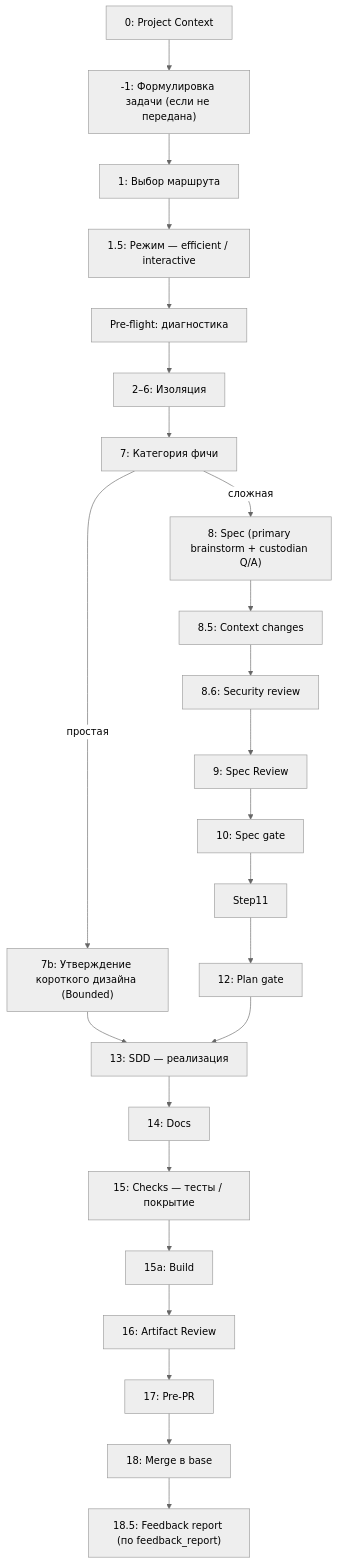
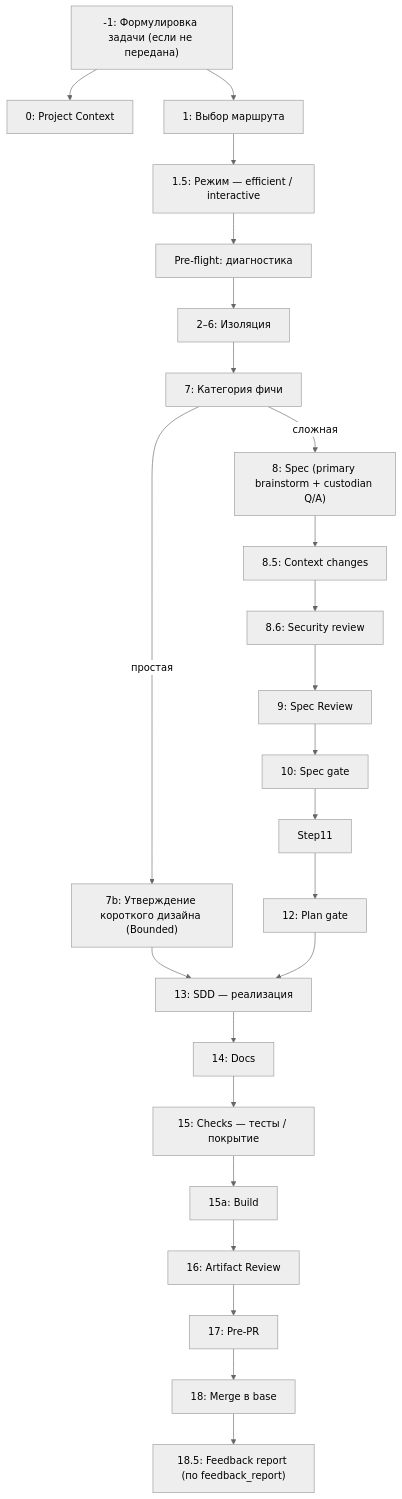
The first of 2 diagrams in manual_docs/explanation/pipeline-overview.md (wad-jet/maestro), drawn with Mermaid (neutral theme) before and after one commit. The commit also changed other lines of this file and 2 other files, not shown here.

````diff
--- a/manual_docs/explanation/pipeline-overview.md
+++ b/manual_docs/explanation/pipeline-overview.md
@@ -83,29 +83,29 @@
 ```mermaid
 flowchart TB
-  Step0["0: Project Context"] --> StepNeg1["-1: Формулировка задачи (если не передана)"]
+  StepNeg1["-1: Формулировка задачи (если не передана)"] --> Step0["0: Project Context"]
   StepNeg1 --> Step1["1: Выбор маршрута"]
   Step1 --> Step15["1.5: Режим — efficient / interactive"]
   Step15 --> Step2["Pre-flight: диагностика"]
   Step2 --> Step3_6["2–6: Изоляция"]
   Step3_6 --> Step7["7: Категория фичи"]
 
   Step7 -- сложная --> Step8["8: Spec (primary brainstorm + custodian Q/A)"]
   Step7 -- простая --> Step7b["7b: Утверждение короткого дизайна (Bounded)"]
   Step7b --> Step13["13: SDD — реализация"]
 
   Step8 --> Step85["8.5: Context changes"]
   Step85 --> Step86["8.6: Security review"]
   Step86 --> Step9["9: Spec Review"]
   Step9 --> Step10["10: Spec gate"]
   Step10 --> Step11
 
   Step11 --> Step12["12: Plan gate"]
   Step12 --> Step13["13: SDD — реализация"]
   Step13 --> Step14["14: Docs"]
   Step14 --> Step15a["15: Checks — тесты / покрытие"]
   Step15a --> Step15b["15a: Build"]
   Step15b --> Step16["16: Artifact Review"]
   Step16 --> Step17["17: Pre-PR"]
   Step17 --> Step18["18: Merge в base"]
   Step18 --> Step185["18.5: Feedback report (по feedback_report)"]
 ```
````
